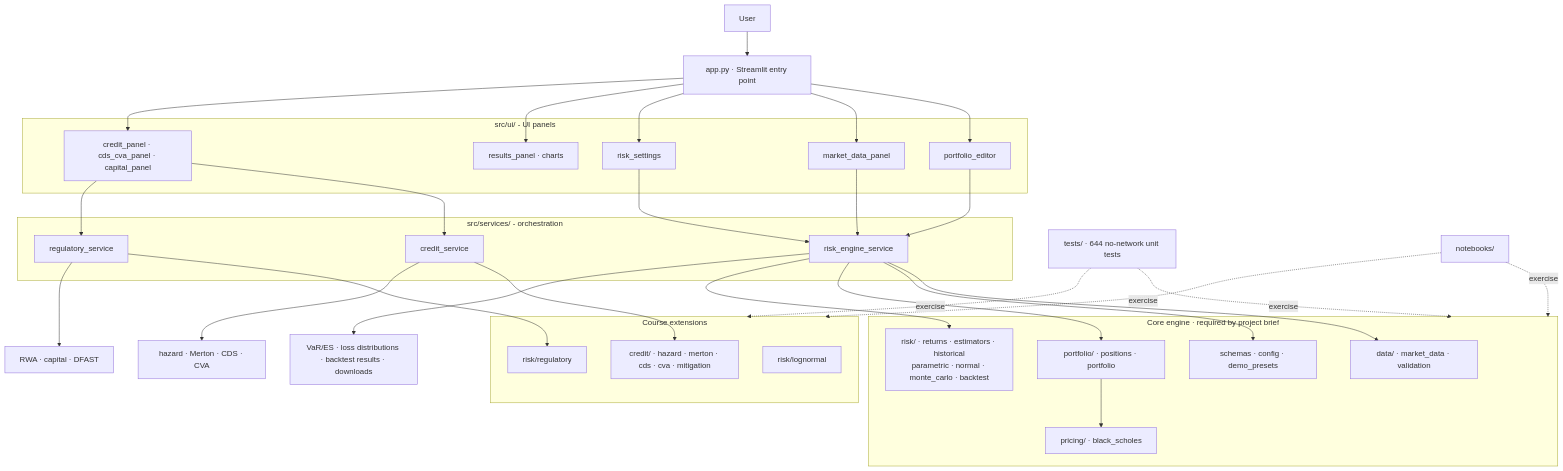
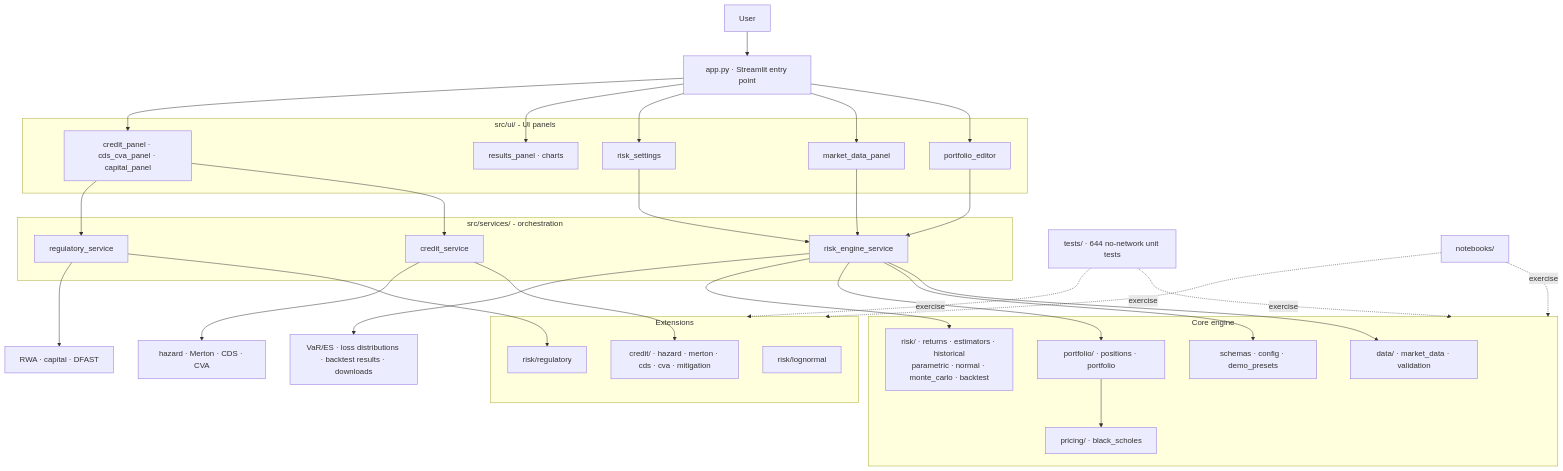
Before and after one commit to nl2992/MATH5320: the diagram in README.md, drawn with Mermaid. The commit also changed other lines of this file, not shown here.

Commit message:
docs: production-grade README — remove course framing, add screenshots

````diff
--- a/README.md
+++ b/README.md
@@ -265,51 +176,51 @@
 ```mermaid
 flowchart TB
     U["User"] --> APP["app.py · Streamlit entry point"]
 
     subgraph UI["src/ui/ - UI panels"]
         PE["portfolio_editor"]
         MD["market_data_panel"]
         RS["risk_settings"]
         RP["results_panel · charts"]
         XUI["credit_panel · cds_cva_panel · capital_panel"]
     end
 
     subgraph SVC["src/services/ - orchestration"]
         RSE["risk_engine_service"]
         CRS["credit_service"]
         RGS["regulatory_service"]
     end
 
-    subgraph CORE["Core engine  ·  required by project brief"]
+    subgraph CORE["Core engine"]
         DAT["data/ · market_data · validation"]
         CFG["schemas · config · demo_presets"]
         PRT["portfolio/ · positions · portfolio"]
         BSM["pricing/ · black_scholes"]
         RSK["risk/ · returns · estimators · historical<br/>parametric · normal · monte_carlo · backtest"]
     end
 
-    subgraph EXT["Course extensions"]
+    subgraph EXT["Extensions"]
         LOG["risk/lognormal"]
         REG["risk/regulatory"]
         CRD["credit/ · hazard · merton · cds · cva · mitigation"]
     end
 
     APP --> PE & MD & RS & RP & XUI
 
     PE --> RSE
     MD --> RSE
     RS --> RSE
     XUI --> CRS & RGS
 
     RSE --> DAT & CFG & PRT & RSK
     PRT --> BSM
     CRS --> CRD
     RGS --> REG
 
     RSE --> MOUT["VaR/ES · loss distributions · backtest results · downloads"]
     CRS --> COUT["hazard · Merton · CDS · CVA"]
     RGS --> ROUT["RWA · capital · DFAST"]
 
     TST["tests/ · 644 no-network unit tests"] -. exercise .-> CORE & EXT
     NB["notebooks/"] -. exercise .-> CORE & EXT
 ```
````
